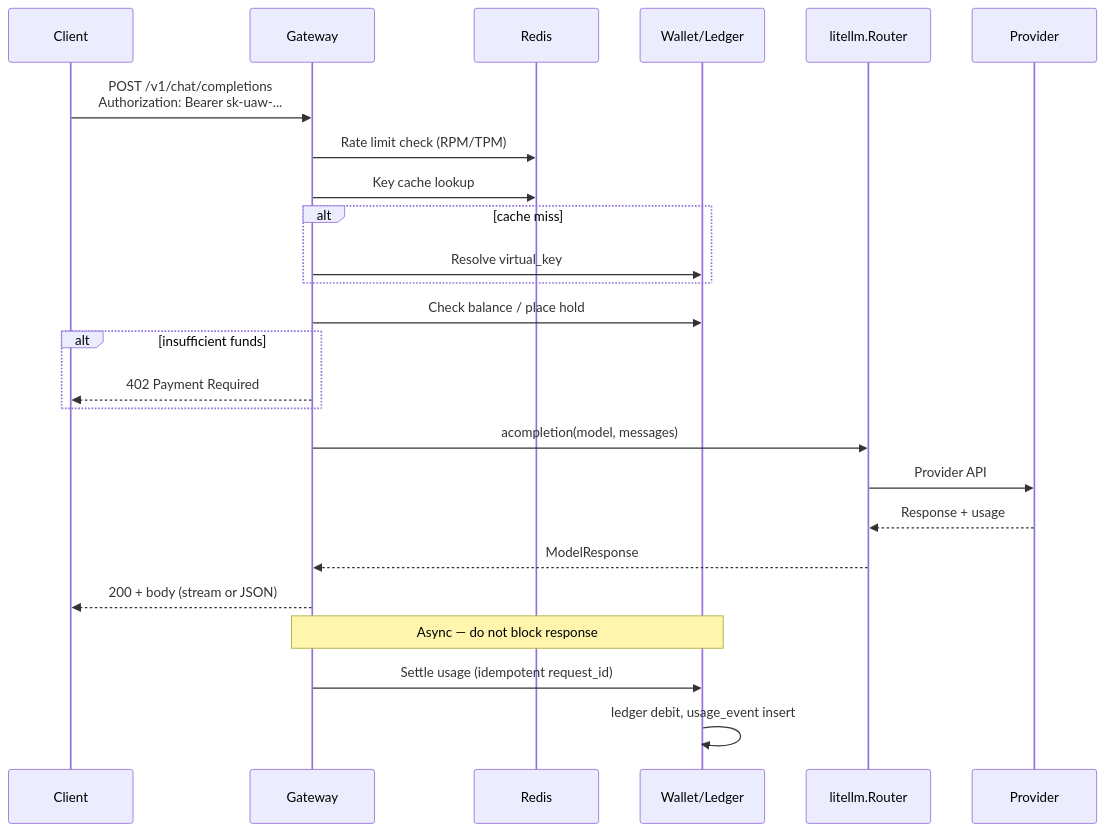
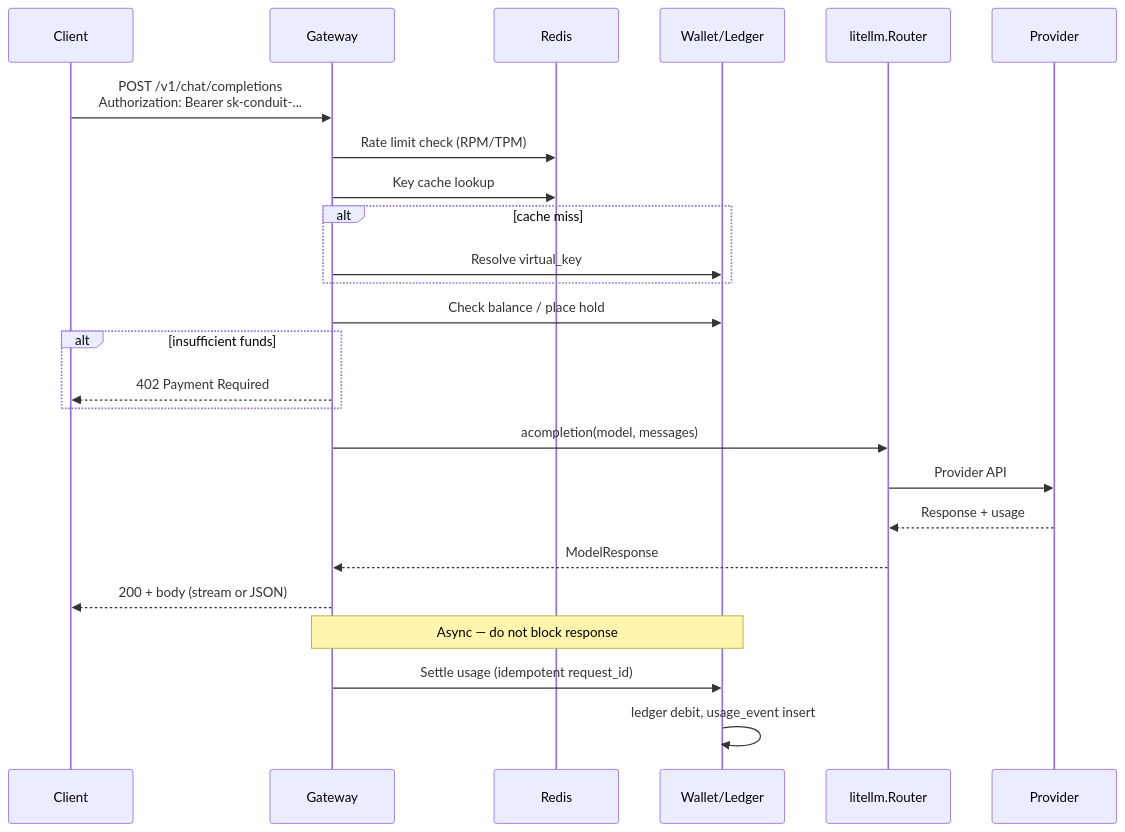
Before and after one commit to nikolaivintenJohansen/Conduit: the second of 3 diagrams in docs/02-architecture.md, drawn with Mermaid. The commit also changed other lines of this file and 77 other files, not shown here.

````diff
--- a/docs/02-architecture.md
+++ b/docs/02-architecture.md
@@ -91,28 +91,28 @@
 ```mermaid
 sequenceDiagram
     participant C as Client
     participant G as Gateway
     participant R as Redis
     participant W as Wallet/Ledger
     participant L as litellm.Router
     participant P as Provider
 
-    C->>G: POST /v1/chat/completions<br/>Authorization: Bearer sk-uaw-...
+    C->>G: POST /v1/chat/completions<br/>Authorization: Bearer sk-conduit-...
     G->>R: Rate limit check (RPM/TPM)
     G->>R: Key cache lookup
     alt cache miss
         G->>W: Resolve virtual_key
     end
     G->>W: Check balance / place hold
     alt insufficient funds
         G-->>C: 402 Payment Required
     end
     G->>L: acompletion(model, messages)
     L->>P: Provider API
     P-->>L: Response + usage
     L-->>G: ModelResponse
     G-->>C: 200 + body (stream or JSON)
     Note over G,W: Async — do not block response
     G->>W: Settle usage (idempotent request_id)
     W->>W: ledger debit, usage_event insert
 ```
````
